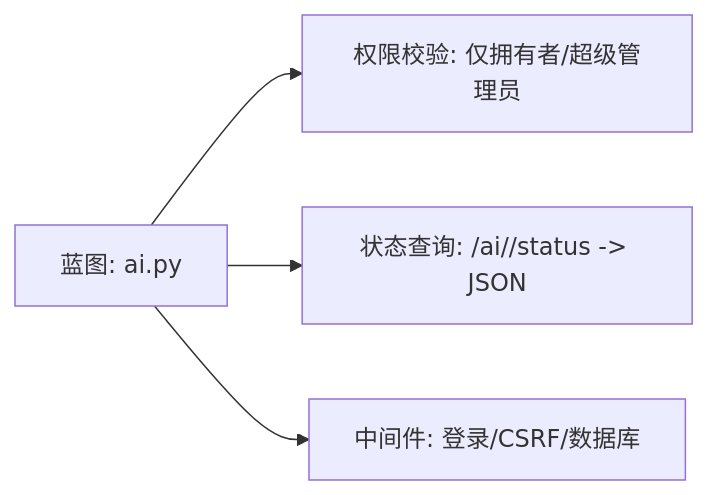
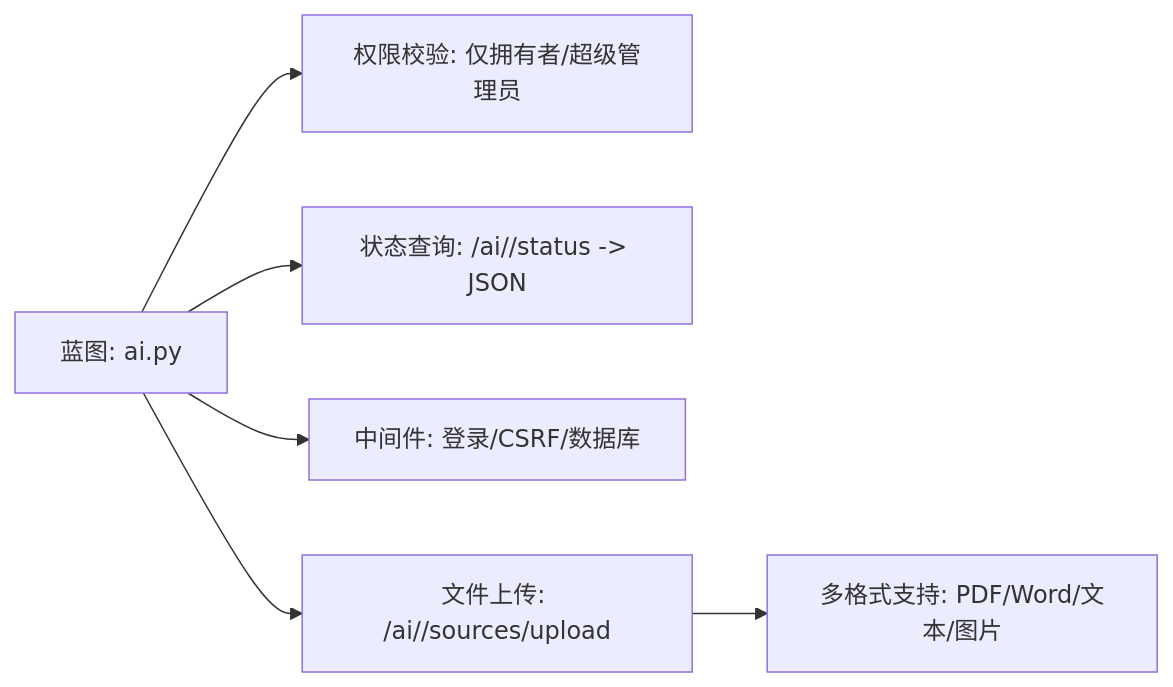
One commit to beyondalbert/my_wiki changed diagram 11 of 13 in .qoder/repowiki/zh/content/核心模块/AI知识库模块/AI知识库服务层.md. Above: the diagram before and after it, drawn with Mermaid. The commit also changed other lines of this file and 7 other files, not shown here.

````diff
--- a/.qoder/repowiki/zh/content/核心模块/AI知识库模块/AI知识库服务层.md
+++ b/.qoder/repowiki/zh/content/核心模块/AI知识库模块/AI知识库服务层.md
@@ -354,6 +471,8 @@
 ```mermaid
 graph LR
 A["蓝图: ai.py"] --> B["权限校验: 仅拥有者/超级管理员"]
 A --> C["状态查询: /ai/<ai_kb_id>/status -> JSON"]
 A --> D["中间件: 登录/CSRF/数据库"]
+A --> E["文件上传: /ai/<ai_kb_id>/sources/upload"]
+E --> F["多格式支持: PDF/Word/文本/图片"]
 ```
````
